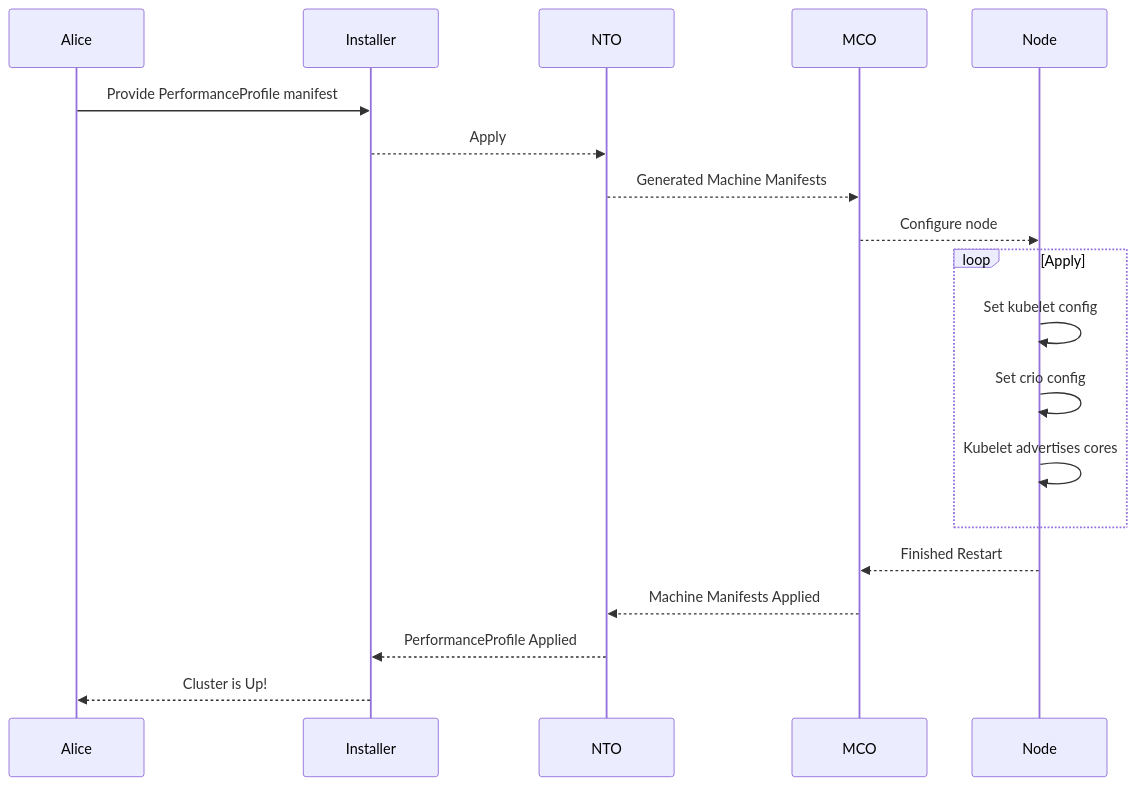
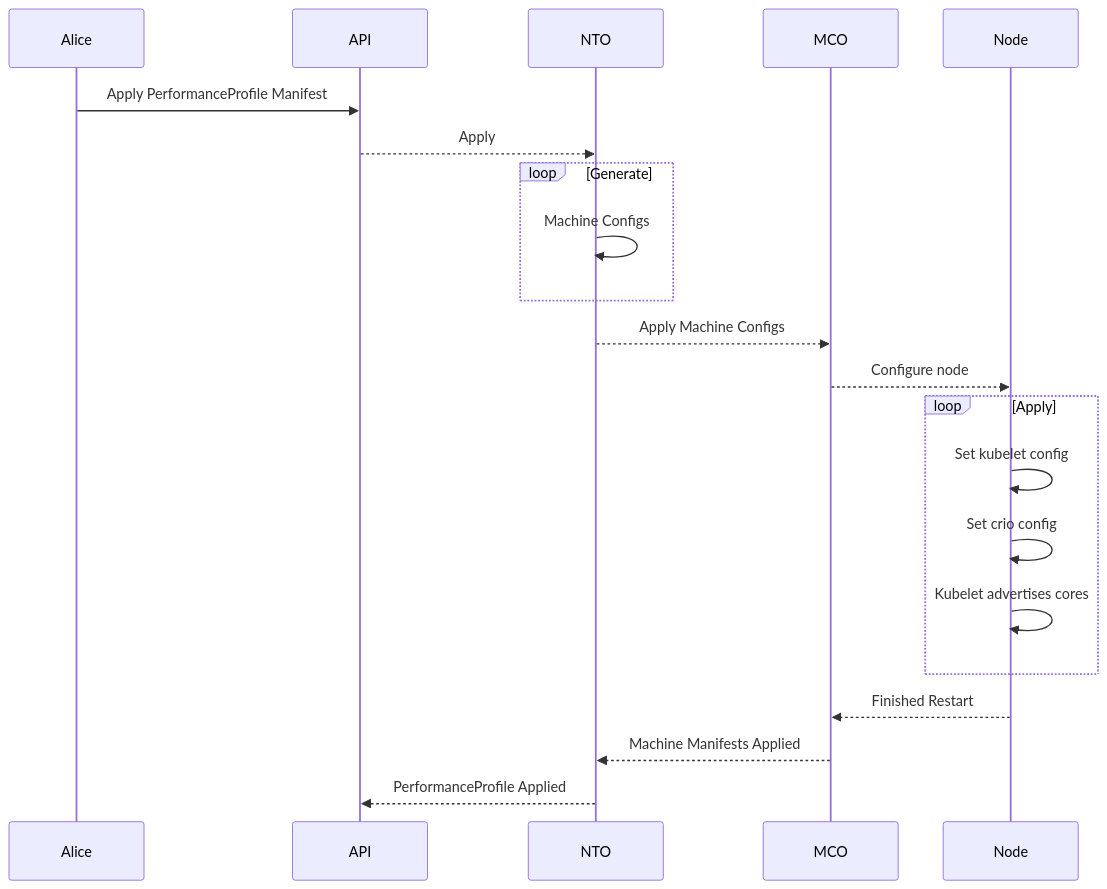
One commit to openshift/enhancements changed the second of 2 diagrams in enhancements/workload-partitioning/wide-availability-workload-partitioning.md. Above: the diagram before and after it, drawn with Mermaid. The commit also changed other lines of this file, not shown here.

First line of the commit message:
updated to use manifest instead of installer config

````diff
--- a/enhancements/workload-partitioning/wide-availability-workload-partitioning.md
+++ b/enhancements/workload-partitioning/wide-availability-workload-partitioning.md
@@ -309,16 +331,18 @@
 ```mermaid
 sequenceDiagram
-Alice->>Installer: Provide PerformanceProfile manifest
-Installer-->>NTO: Apply
-NTO-->>MCO: Generated Machine Manifests
+Alice->>API: Apply PerformanceProfile Manifest
+API-->>NTO: Apply
+loop Generate
+    NTO->>NTO: Machine Configs
+end
+NTO-->>MCO: Apply Machine Configs
 MCO-->>Node: Configure node
 loop Apply
     Node->>Node: Set kubelet config
     Node->>Node: Set crio config
     Node->>Node: Kubelet advertises cores
 end
 Node-->>MCO: Finished Restart
 MCO-->>NTO: Machine Manifests Applied
-NTO-->>Installer: PerformanceProfile Applied
-Installer-->>Alice: Cluster is Up!
+NTO-->>API: PerformanceProfile Applied
 ```
````
